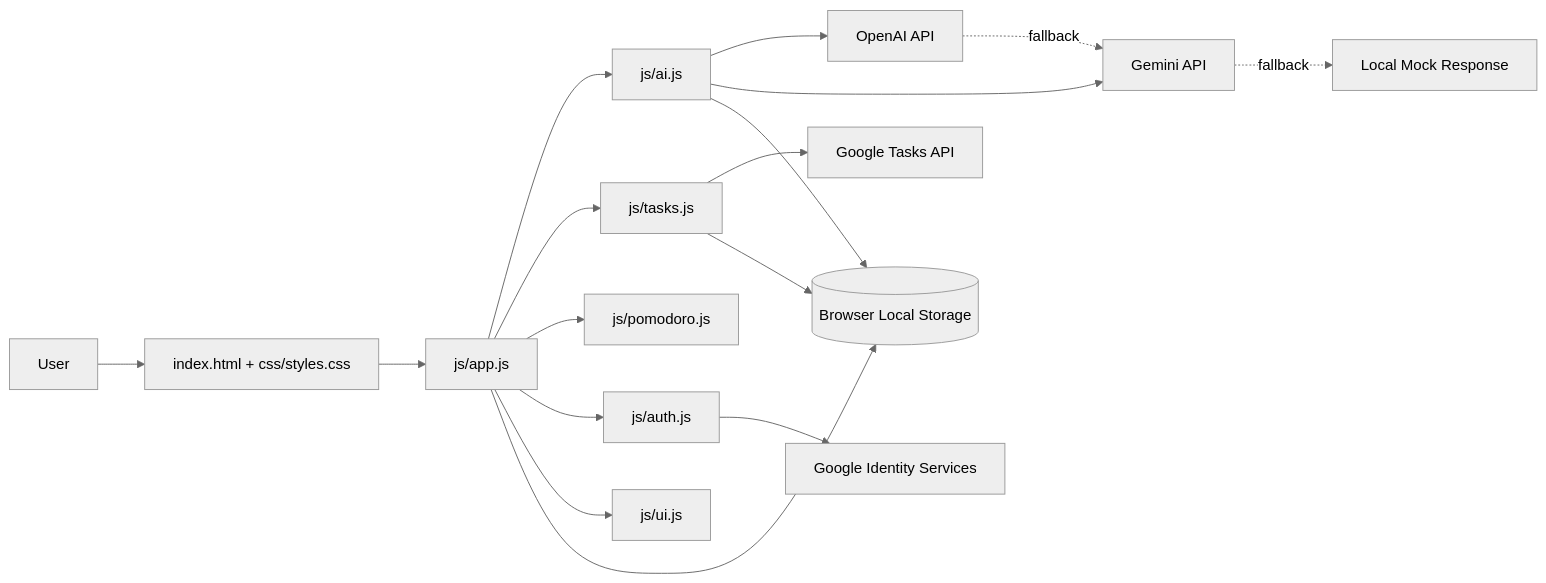
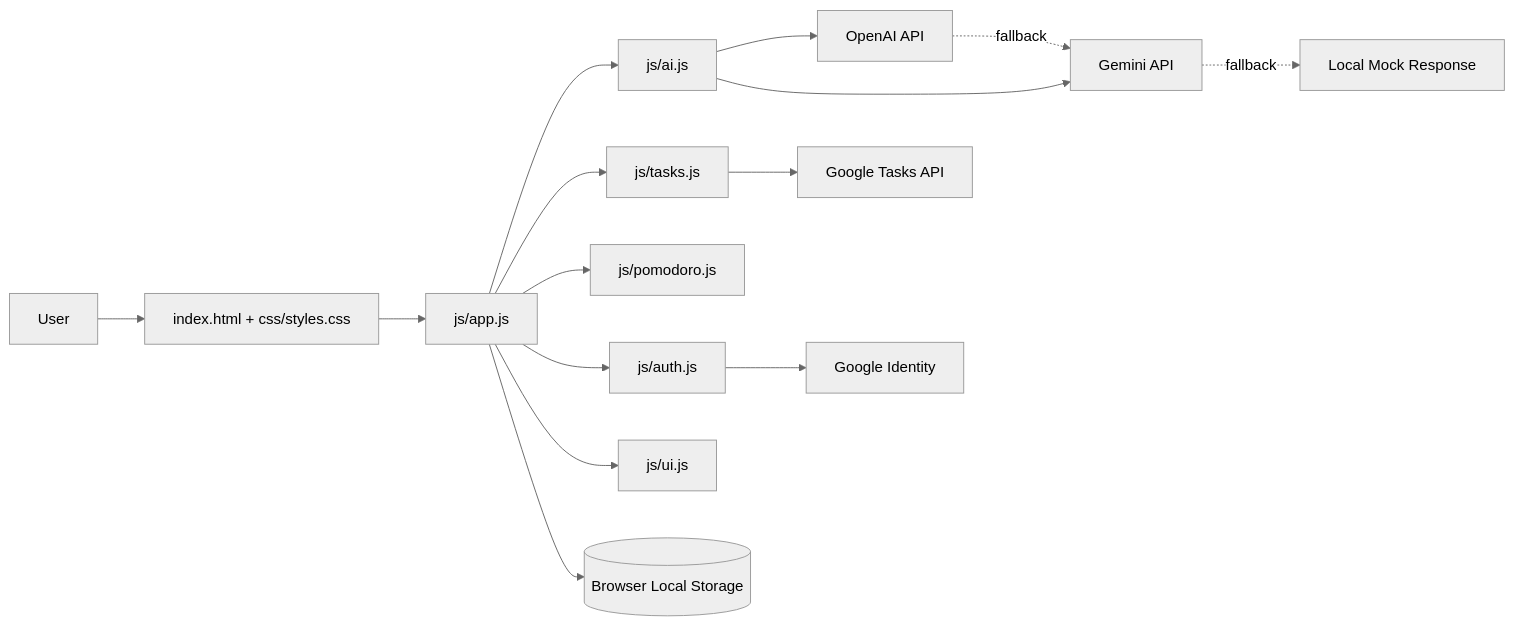
The diagram in README.md (aakashdeepyadav/Time-Management-Coach), drawn with Mermaid (neutral theme) before and after one commit. The commit also changed other lines of this file and 1 other file, not shown here.

````diff
--- a/README.md
+++ b/README.md
@@ -40,22 +17,19 @@
 ```mermaid
 flowchart LR
   U[User] --> UI[index.html + css/styles.css]
   UI --> APP[js/app.js]
   APP --> AI[js/ai.js]
   APP --> TASKS[js/tasks.js]
   APP --> POMO[js/pomodoro.js]
   APP --> AUTH[js/auth.js]
   APP --> VIEW[js/ui.js]
 
   AI --> OAI[OpenAI API]
   AI --> GEM[Gemini API]
-  OAI -.fallback.-> GEM
-  GEM -.fallback.-> MOCK[Local Mock Response]
-
-  AUTH --> GIS[Google Identity Services]
-  TASKS --> GTASKS[Google Tasks API]
+  OAI -. fallback .-> GEM
+  GEM -. fallback .-> MOCK[Local Mock Response]
 
   APP --> LS[(Browser Local Storage)]
-  AI --> LS
-  TASKS --> LS
+  AUTH --> GIS[Google Identity]
+  TASKS --> GTASKS[Google Tasks API]
 ```
````
